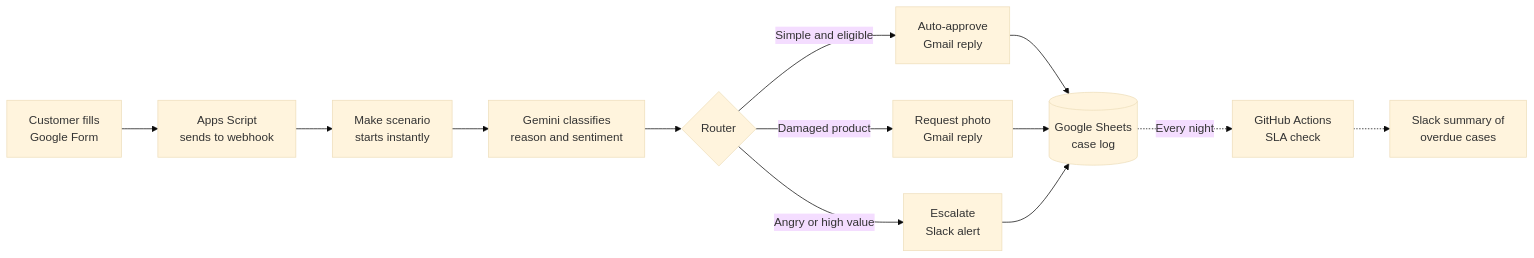
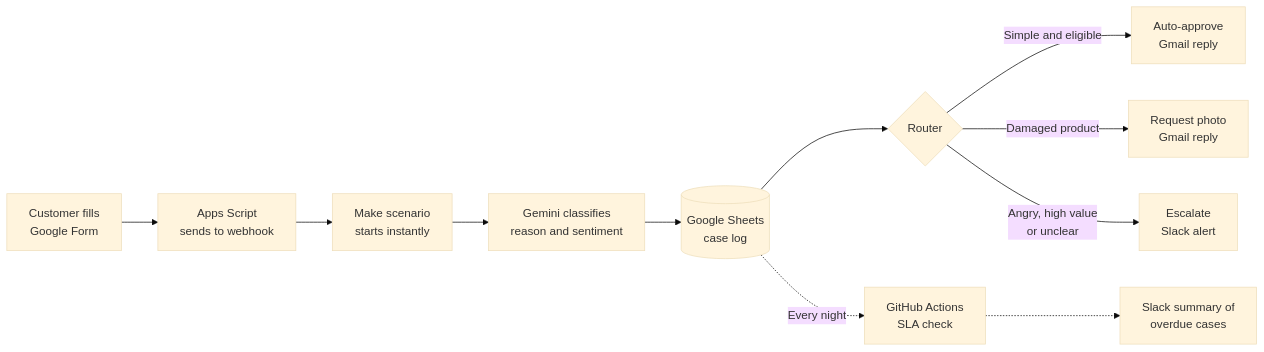
Before and after one commit to ShadiShirinbeik/beauty-returns-triage-agent: the diagram in README.md, drawn with Mermaid (base theme). The commit also changed other lines of this file, not shown here.

Commit message:
Show case logging before the router in README flow

````diff
--- a/README.md
+++ b/README.md
@@ -11,15 +11,13 @@
 ```mermaid
 flowchart LR
     A[Customer fills<br>Google Form] --> W[Apps Script<br>sends to webhook]
     W --> B[Make scenario<br>starts instantly]
     B --> C[Gemini classifies<br>reason and sentiment]
-    C --> D{Router}
+    C --> H[(Google Sheets<br>case log)]
+    H --> D{Router}
     D -->|Simple and eligible| E[Auto-approve<br>Gmail reply]
     D -->|Damaged product| F[Request photo<br>Gmail reply]
-    D -->|Angry or high value| G[Escalate<br>Slack alert]
-    E --> H[(Google Sheets<br>case log)]
-    F --> H
-    G --> H
+    D -->|Angry, high value<br>or unclear| G[Escalate<br>Slack alert]
     H -.->|Every night| I[GitHub Actions<br>SLA check]
     I -.-> J[Slack summary of<br>overdue cases]
 ```
````
